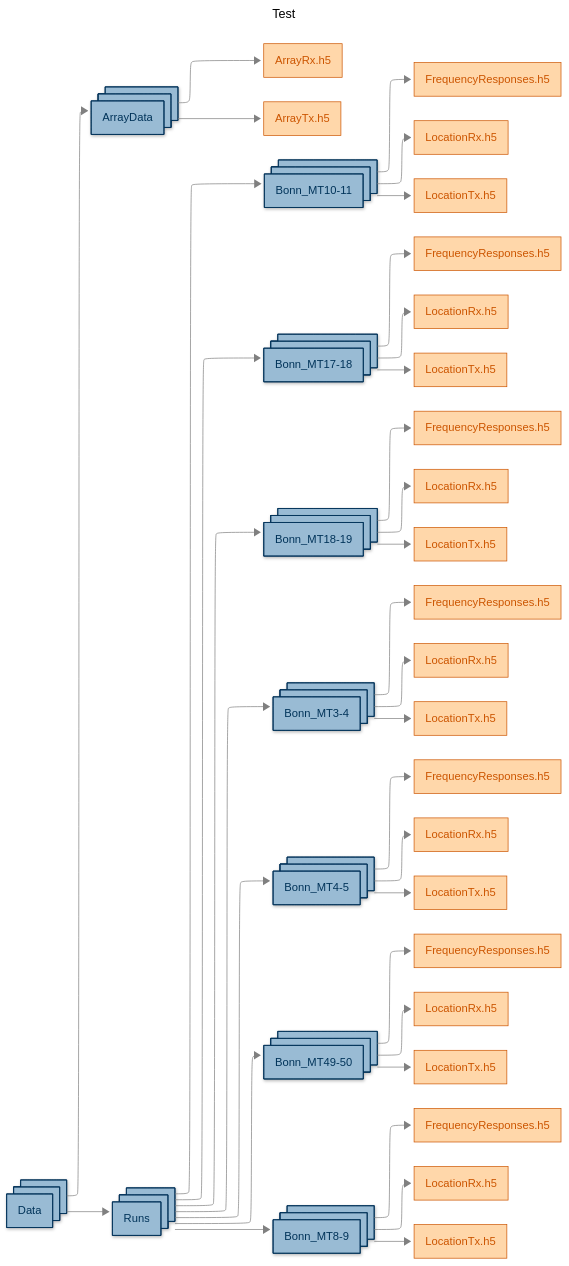
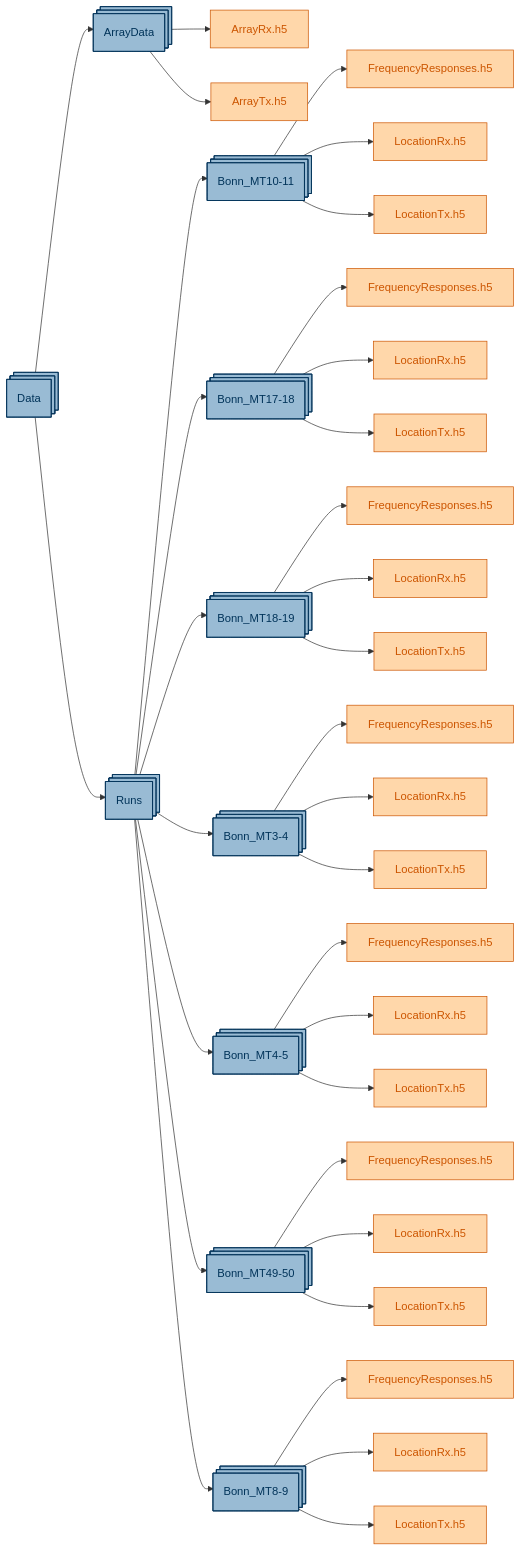
One commit to EMS-TU-Ilmenau/EMS-TU-Ilmenau.github.io changed the diagram in content/dataset/fyoris/index.md. Above: the diagram before and after it, drawn with Mermaid. The commit also changed 1 other file, not shown here.

Commit message:
layout added

````diff
--- a/content/dataset/fyoris/index.md
+++ b/content/dataset/fyoris/index.md
@@ -39,15 +52,4 @@
-```mermaid
----
-title: Test
-displayMode: compact
-config:
-  theme: neutral
-  look: neo
-  themeVariables:
-    lineColor: gray
-  layout: elk
----
-
+{{< mermaid theme="neutral" lineColor="gray" layout="elk" >}}
 flowchart LR
 _scratch_som_ReFoDat_Fyoris_Data@{label: "Data", shape: procs}
 _scratch_som_ReFoDat_Fyoris_Data:::colorGroup
@@ -184,6 +186,4 @@
 classDef TUIl-blue-bright   fill:#99BBD4,stroke:#003359,color:#000000
 classDef TUIl-green-bright  fill:#7AC6CC,stroke:#00747A,color:#000000
 classDef TUIl-grey-bright   fill:#D5D5D5,stroke:#A5A5A5,color:#000000
-
-
-```
+{{< /mermaid >}}
````
